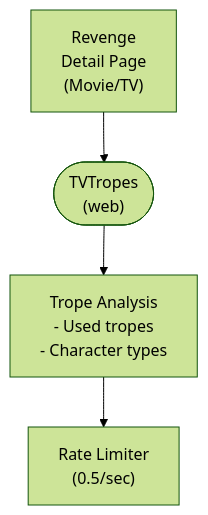
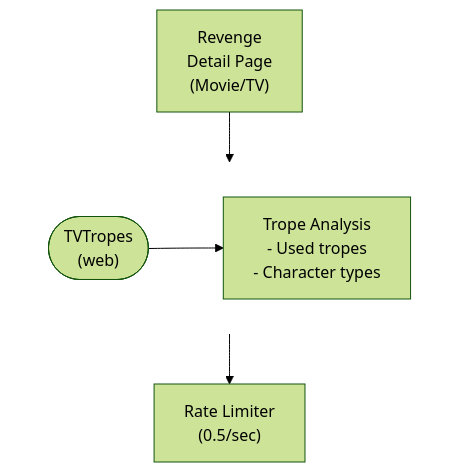
The diagram in docs/dev/design/integrations/wiki/TVTROPES.md (lusoris/revenge), drawn with Mermaid (forest theme) before and after one commit. The commit also changed 210 other files, not shown here.

First line of the commit message:
feat(docs): Add horizontal layout support for Mermaid diagrams

````diff
--- a/docs/dev/design/integrations/wiki/TVTROPES.md
+++ b/docs/dev/design/integrations/wiki/TVTROPES.md
@@ -57,10 +57,16 @@
 ```mermaid
 flowchart TD
     node1["Revenge<br/>Detail Page<br/>(Movie/TV)"]
-    node2(["TVTropes<br/>(web)"])
-    node3["Trope Analysis<br/>- Used tropes<br/>- Character types"]
+    subgraph row1[ ]
+        direction LR
+        node2(["TVTropes<br/>(web)"])
+        node3["Trope Analysis<br/>- Used tropes<br/>- Character types"]
+    end
     node4["Rate Limiter<br/>(0.5/sec)"]
     node2 --> node3
     node1 --> node2
     node3 --> node4
+
+    %% Hide row subgraph borders
+    style row1 fill:transparent,stroke:transparent
 ```
````
